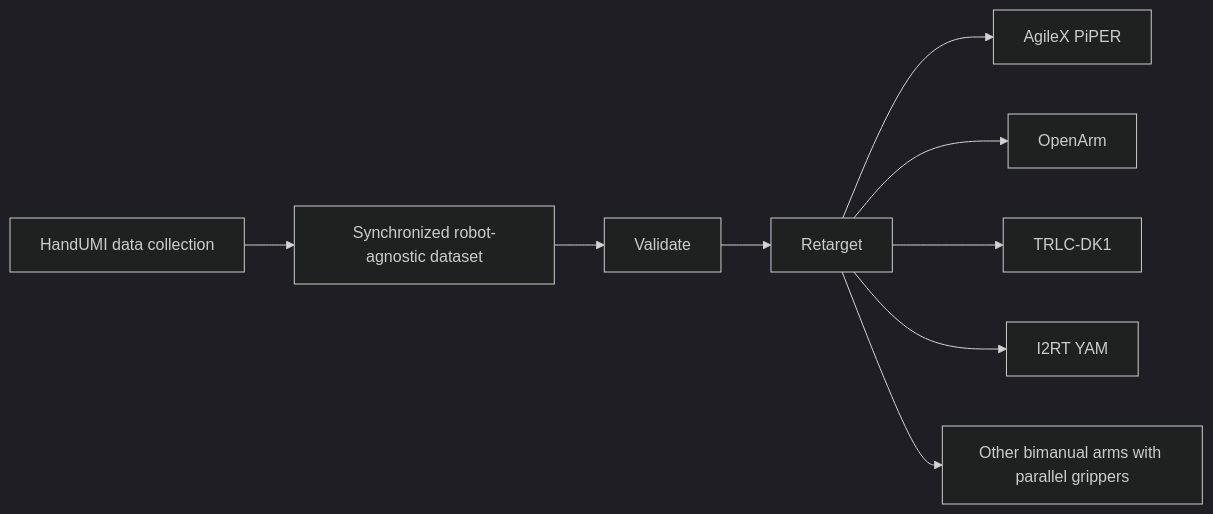
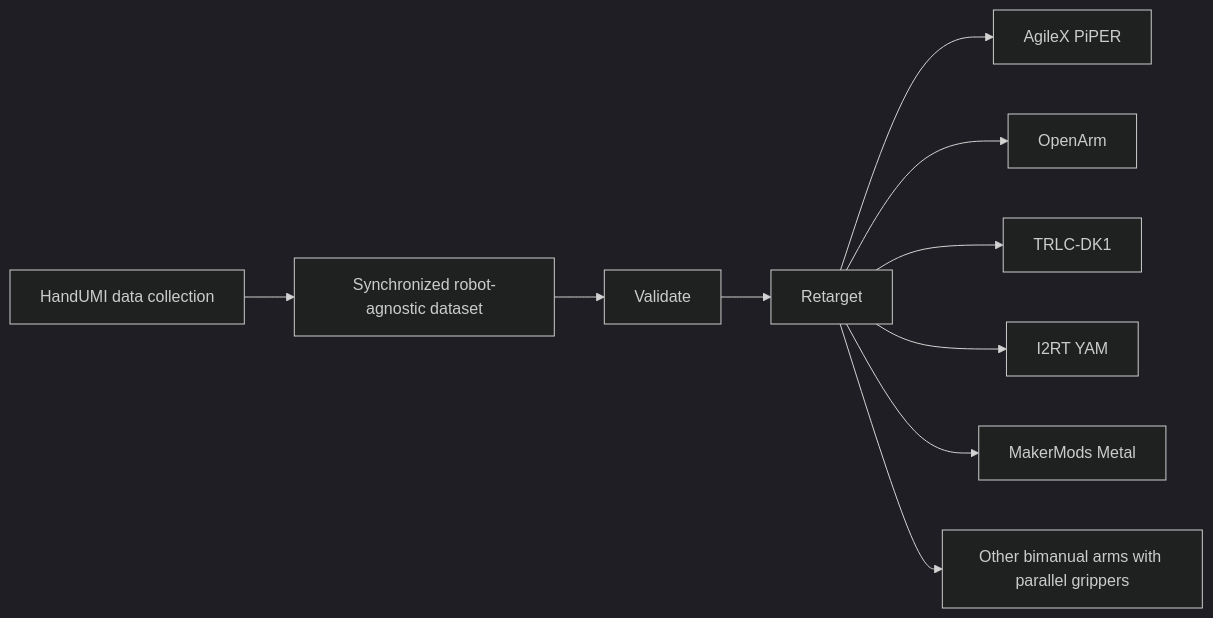
One commit to CloudEngineHub/handumi-sw changed the diagram in README.md. Above: the diagram before and after it, drawn with Mermaid (dark theme). The commit also changed other lines of this file and 18 other files, not shown here.

First line of the commit message:
feat(robots): add MakerMods Metal bimanual embodiment for sim and replay

````diff
--- a/README.md
+++ b/README.md
@@ -89,11 +89,12 @@
 ```mermaid
 flowchart LR
     A[HandUMI data collection] --> B[Synchronized robot-agnostic dataset]
     B --> C[Validate]
     C --> D[Retarget]
     D --> E[AgileX PiPER]
     D --> F[OpenArm]
     D --> G[TRLC-DK1]
     D --> H[I2RT YAM]
+    D --> J[MakerMods Metal]
     D --> I[Other bimanual arms with parallel grippers]
 ```
````
